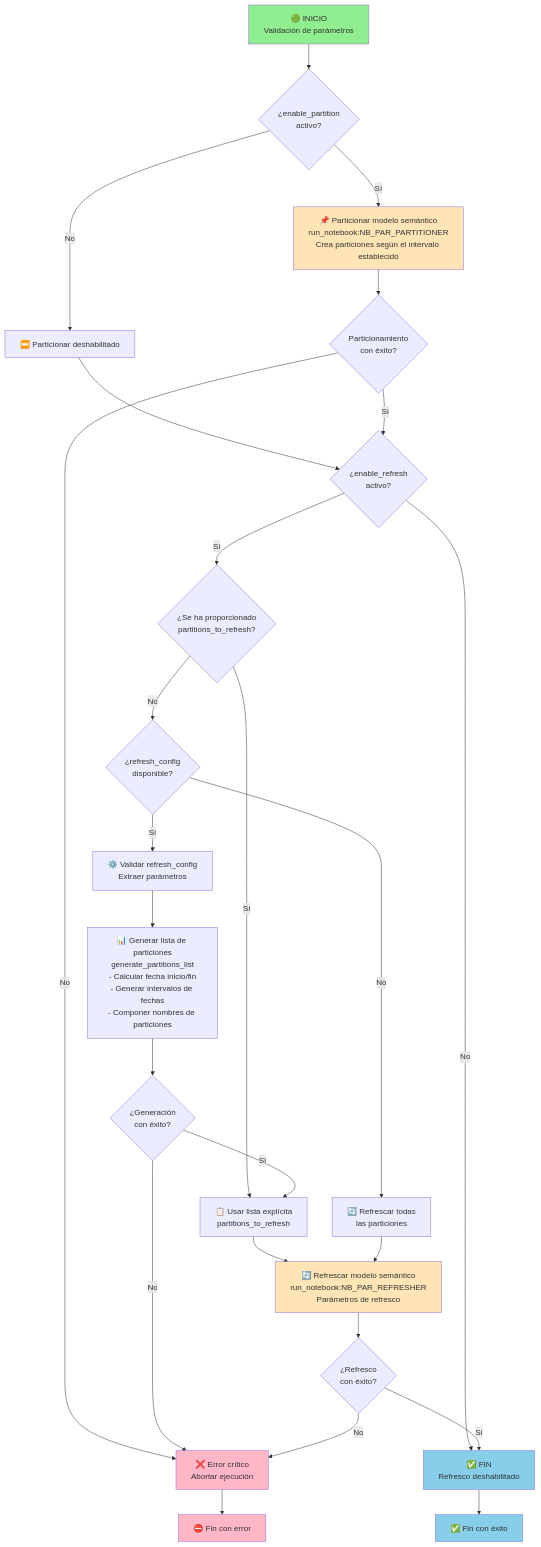
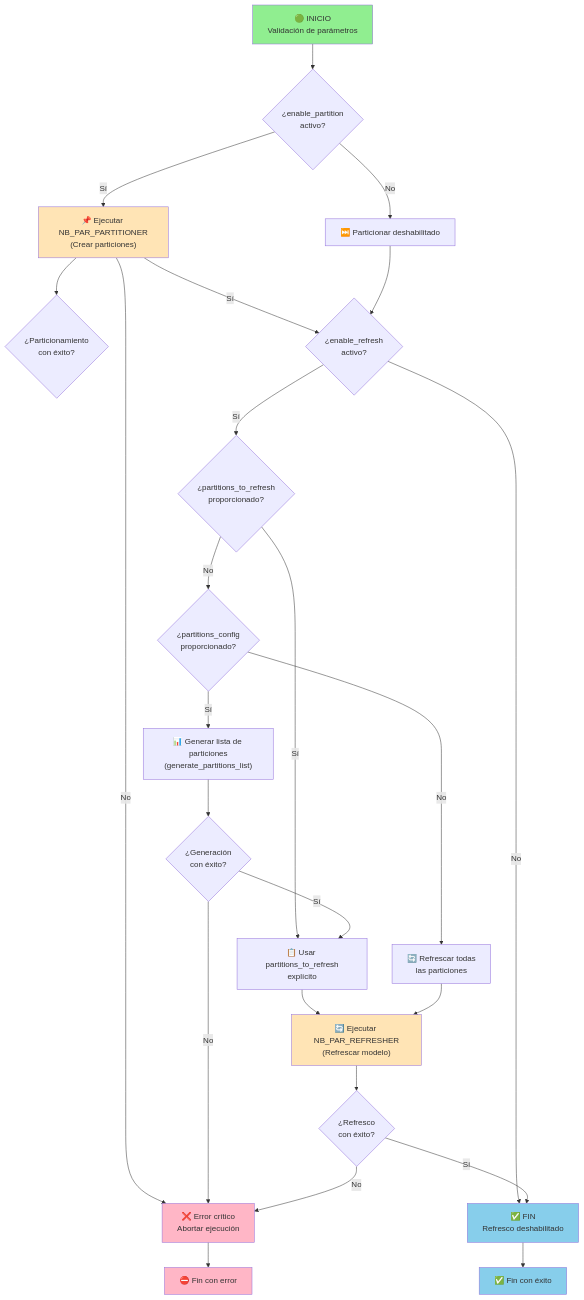
The diagram in src/PARTITIONS/NB_PAR_ORCHESTRATOR.Notebook/README.md (javendia/gppb2026), drawn with Mermaid before and after one commit. The commit also changed other lines of this file and 6 other files, not shown here.

Commit message:
Enhance table and partition refresh: dynamic start date and option to refresh all partitions

````diff
--- a/src/PARTITIONS/NB_PAR_ORCHESTRATOR.Notebook/README.md
+++ b/src/PARTITIONS/NB_PAR_ORCHESTRATOR.Notebook/README.md
@@ -97,46 +84,33 @@
 ```mermaid
 flowchart TD
-    A["🟢 INICIO<br/>Validación de parámetros"] --> B{¿enable_partition<br/>activo?}
-    
-    B -->|Sí| C["📌 Particionar modelo semántico<br/>run_notebook:NB_PAR_PARTITIONER<br/>Crea particiones según el intervalo establecido"]
-    B -->|No| D["⏭️ Particionar deshabilitado"]
-    
-    C --> E{Particionamiento<br/>con éxito?}
-    D --> F{¿enable_refresh<br/>activo?}
-    E -->|No| X["❌ Error crítico<br/>Abortar ejecución"]
-    E -->|Sí| F
-    
-    F -->|No| Z["✅ FIN<br/>Refresco deshabilitado"]
-    
-    F -->|Sí| G{¿Se ha proporcionado<br/>partitions_to_refresh?}
-    
-    G -->|Sí| H["📋 Usar lista explícita<br/>partitions_to_refresh"]
-    G -->|No| I{¿refresh_config<br/>disponible?}
-    
-    I -->|Sí| J["⚙️ Validar refresh_config<br/>Extraer parámetros"]
-    I -->|No| K["🔄 Refrescar todas<br/>las particiones"]
-    
-    J --> L["📊 Generar lista de particiones<br/>generate_partitions_list<br/>- Calcular fecha inicio/fin<br/>- Generar intervalos de fechas<br/>- Componer nombres de particiones"]
-    
-    L --> M{¿Generación<br/>con éxito?}
-    M -->|No| X
-    M -->|Sí| H
-    
-    H --> N["🔄 Refrescar modelo semántico<br/>run_notebook:NB_PAR_REFRESHER<br/>Parámetros de refresco"]
-    K --> N
-    
-    N --> O{¿Refresco<br/>con éxito?}
-    O -->|No| X
-    O -->|Sí| Z
-    
-    X --> END["⛔ Fin con error"]
-    Z --> END2["✅ Fin con éxito"]
-    
-    style A fill:#90EE90
-    style Z fill:#87CEEB
-    style END2 fill:#87CEEB
-    style X fill:#FFB6C6
-    style END fill:#FFB6C6
-    style C fill:#FFE4B5
-    style N fill:#FFE4B5
+  A["🟢 INICIO<br/>Validación de parámetros"] --> B{¿enable_partition<br/>activo?}
+  B -->|Sí| C["📌 Ejecutar NB_PAR_PARTITIONER<br/>(Crear particiones)"]
+  B -->|No| D["⏭️ Particionar deshabilitado"]
+  C --> E{¿Particionamiento<br/>con éxito?}
+  C -->|No| X["❌ Error crítico<br/>Abortar ejecución"]
+  C -->|Sí| F{¿enable_refresh<br/>activo?}
+  D --> F
+  F -->|No| Z["✅ FIN<br/>Refresco deshabilitado"]
+  F -->|Sí| G{¿partitions_to_refresh<br/>proporcionado?}
+  G -->|Sí| H["📋 Usar partitions_to_refresh<br/>explícito"]
+  G -->|No| I{¿partitions_config<br/>proporcionado?}
+  I -->|Sí| J["📊 Generar lista de particiones<br/>(generate_partitions_list)"]
+  I -->|No| K["🔄 Refrescar todas<br/>las particiones"]
+  J --> L{¿Generación<br/>con éxito?}
+  L -->|No| X
+  L -->|Sí| H
+  H --> N["🔄 Ejecutar NB_PAR_REFRESHER<br/>(Refrescar modelo)"]
+  K --> N
+  N --> O{¿Refresco<br/>con éxito?}
+  O -->|No| X
+  O -->|Sí| Z
+  X --> END["⛔ Fin con error"]
+  Z --> END2["✅ Fin con éxito"]
+  style A fill:#90EE90
+  style Z fill:#87CEEB
+  style END2 fill:#87CEEB
+  style X fill:#FFB6C6
+  style END fill:#FFB6C6
+  style C fill:#FFE4B5
+  style N fill:#FFE4B5
 ```
````
